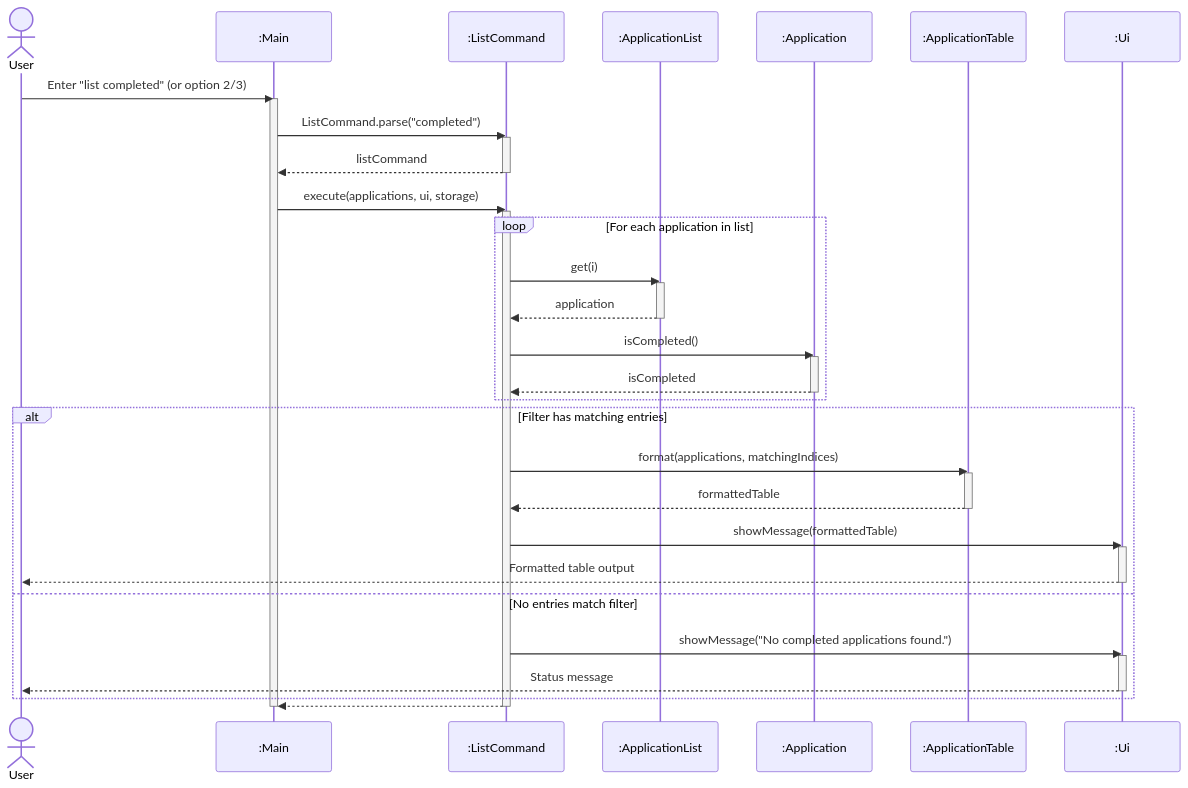
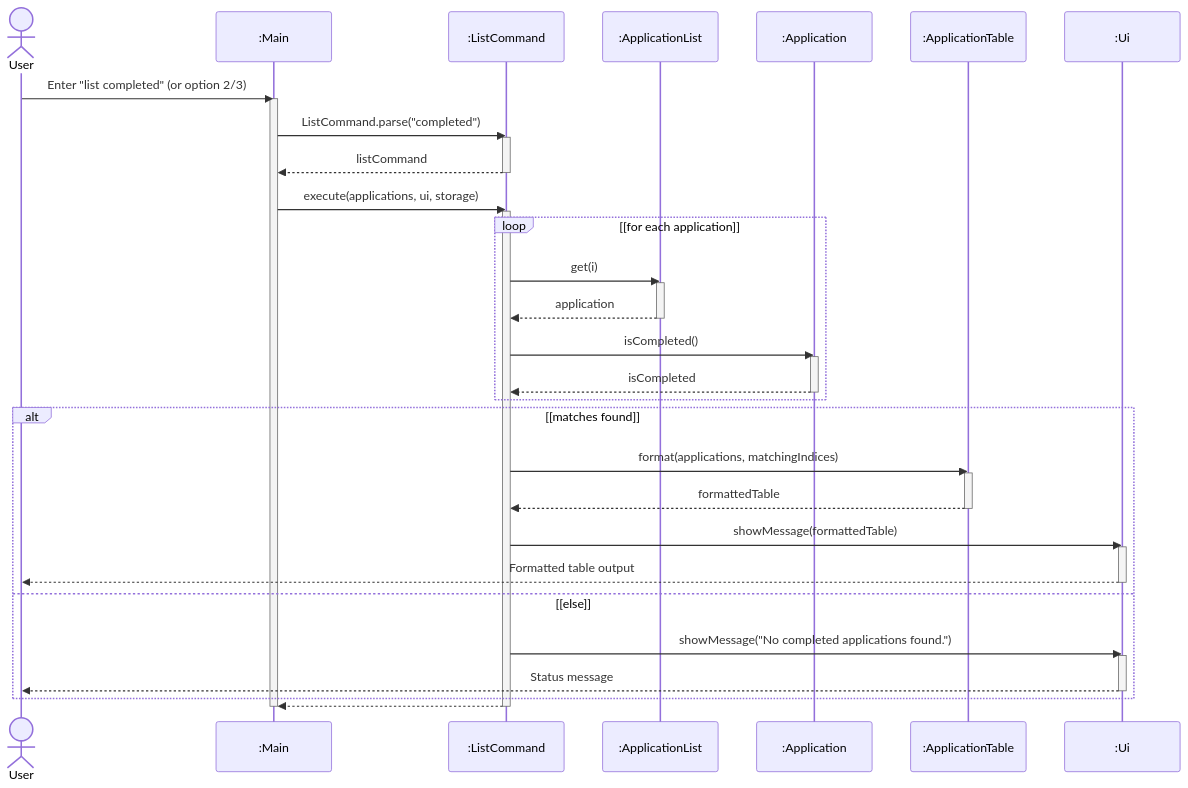
The eighth of 21 diagrams in docs/DeveloperGuide.md (AY2627S1-CS2113-T10-2/tp), drawn with Mermaid before and after one commit. The commit also changed other lines of this file, not shown here.

First line of the commit message:
docs: align diagrams with reference guidelines and compact activity/object layouts

````diff
--- a/docs/DeveloperGuide.md
+++ b/docs/DeveloperGuide.md
@@ -497,50 +460,50 @@
 ```mermaid
 sequenceDiagram
     actor user as User
     participant main as :Main
     participant cmd as :ListCommand
     participant list as :ApplicationList
     participant app as :Application
     participant table as :ApplicationTable
     participant ui as :Ui
 
     user->>main: Enter "list completed" (or option 2/3)
     activate main
     main->>cmd: ListCommand.parse("completed")
     activate cmd
     cmd-->>main: listCommand
     deactivate cmd
     main->>cmd: execute(applications, ui, storage)
     activate cmd
 
-    loop For each application in list
+    loop [for each application]
         cmd->>list: get(i)
         activate list
         list-->>cmd: application
         deactivate list
         cmd->>app: isCompleted()
         activate app
         app-->>cmd: isCompleted
         deactivate app
     end
 
-    alt Filter has matching entries
+    alt [matches found]
         cmd->>table: format(applications, matchingIndices)
         activate table
         table-->>cmd: formattedTable
         deactivate table
         cmd->>ui: showMessage(formattedTable)
         activate ui
         ui-->>user: Formatted table output
         deactivate ui
-    else No entries match filter
+    else [else]
         cmd->>ui: showMessage("No completed applications found.")
         activate ui
         ui-->>user: Status message
         deactivate ui
     end
 
     cmd-->>main: 
     deactivate cmd
     deactivate main
 ```
````
